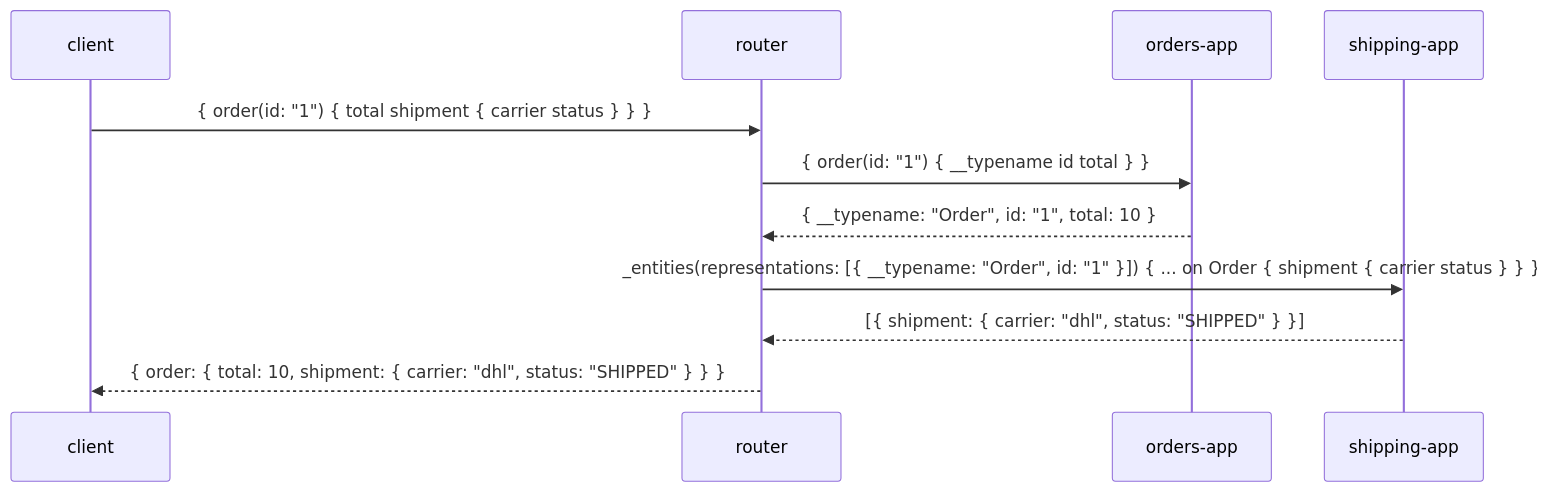
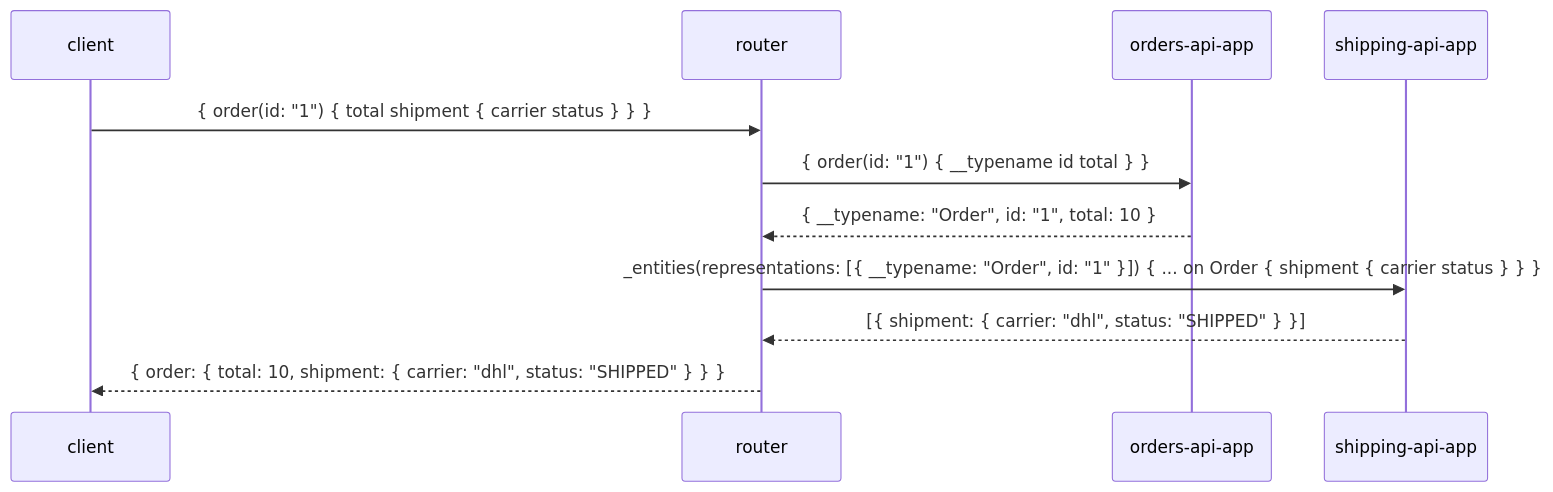
The fifth of 6 diagrams in docs/architecture.md (rudney5000/plugbricks), drawn with Mermaid before and after one commit. The commit also changed other lines of this file and 4 other files, not shown here.

Commit message:
docs: D27, the example APIs renamed, in the README, the architecture, Keycloak and the roadmap

````diff
--- a/docs/architecture.md
+++ b/docs/architecture.md
@@ -258,13 +258,13 @@
 ```mermaid
 sequenceDiagram
   participant C as client
   participant R as router
-  participant O as orders-app
-  participant S as shipping-app
+  participant O as orders-api-app
+  participant S as shipping-api-app
   C->>R: { order(id: "1") { total shipment { carrier status } } }
   R->>O: { order(id: "1") { __typename id total } }
   O-->>R: { __typename: "Order", id: "1", total: 10 }
   R->>S: _entities(representations: [{ __typename: "Order", id: "1" }]) { ... on Order { shipment { carrier status } } }
   S-->>R: [{ shipment: { carrier: "dhl", status: "SHIPPED" } }]
   R-->>C: { order: { total: 10, shipment: { carrier: "dhl", status: "SHIPPED" } } }
 ```
````
